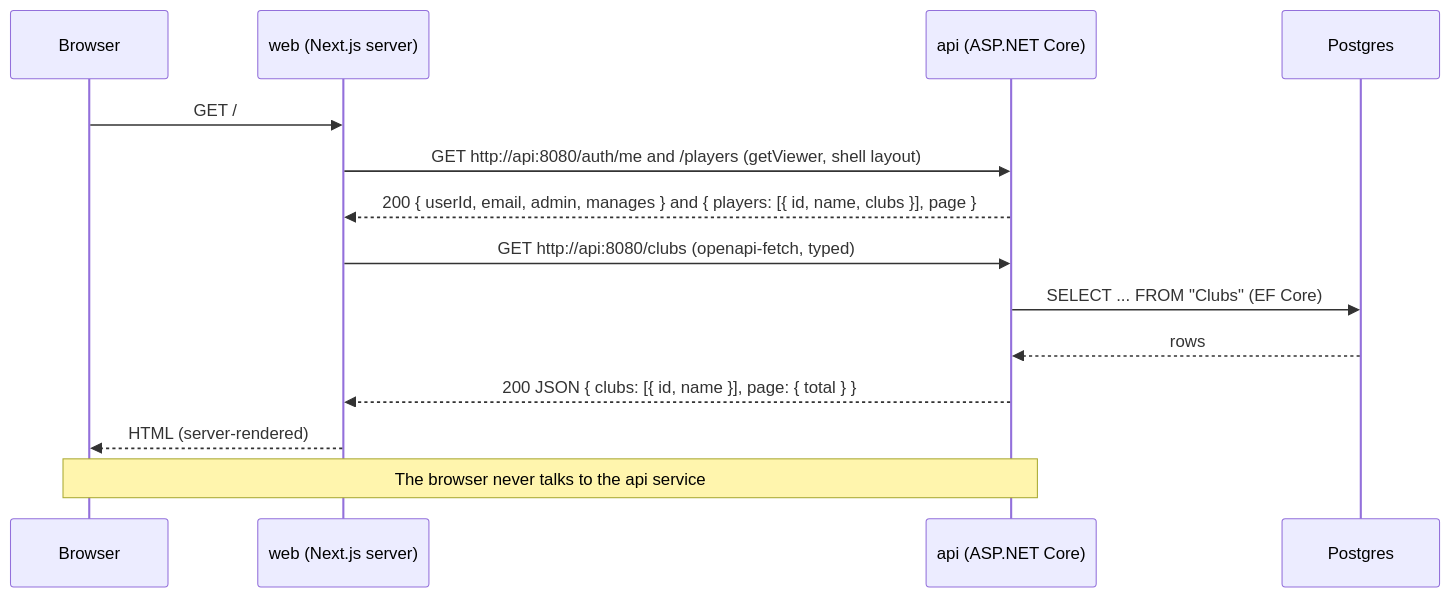
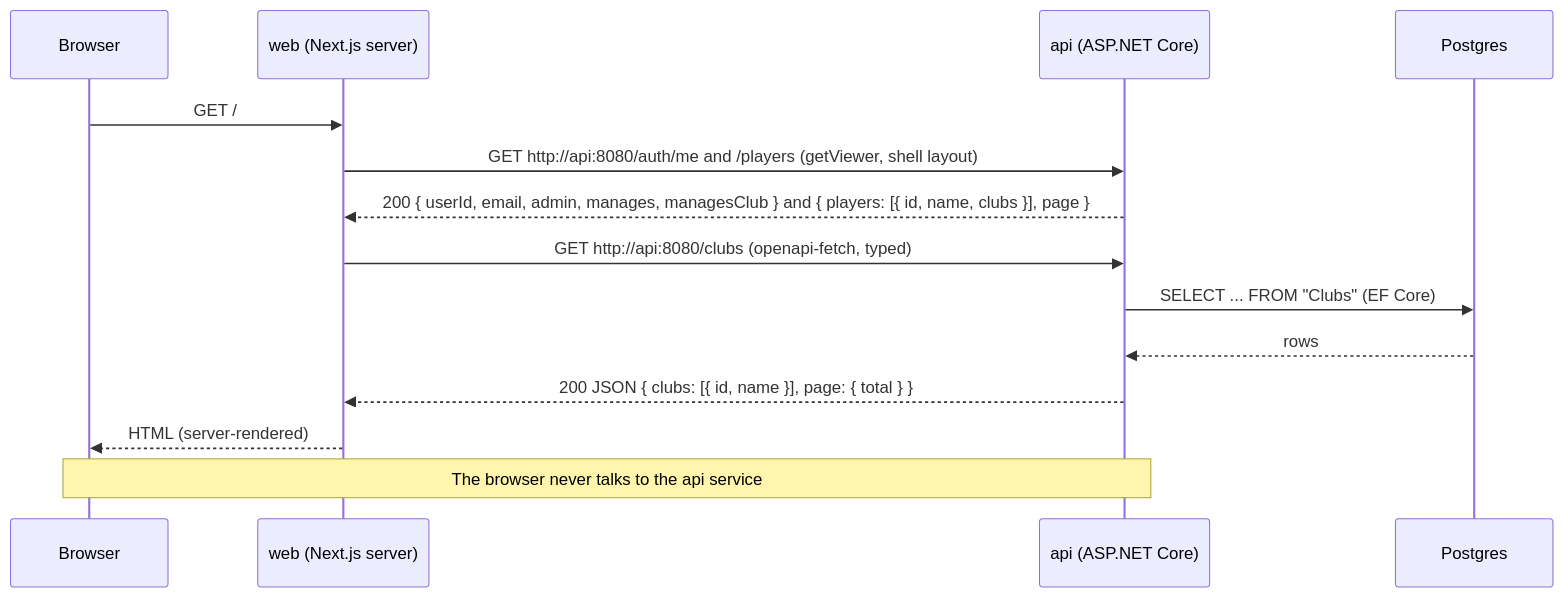
Before and after one commit to l1em1on1/social-tennis: the second of 12 diagrams in docs/architecture.md, drawn with Mermaid. The commit also changed other lines of this file and 62 other files, not shown here.

````diff
--- a/docs/architecture.md
+++ b/docs/architecture.md
@@ -30,17 +30,17 @@
 ```mermaid
 sequenceDiagram
     participant B as Browser
     participant W as web (Next.js server)
     participant A as api (ASP.NET Core)
     participant P as Postgres
 
     B->>W: GET /
     W->>A: GET http://api:8080/auth/me and /players (getViewer, shell layout)
-    A-->>W: 200 { userId, email, admin, manages } and { players: [{ id, name, clubs }], page }
+    A-->>W: 200 { userId, email, admin, manages, managesClub } and { players: [{ id, name, clubs }], page }
     W->>A: GET http://api:8080/clubs (openapi-fetch, typed)
     A->>P: SELECT ... FROM "Clubs" (EF Core)
     P-->>A: rows
     A-->>W: 200 JSON { clubs: [{ id, name }], page: { total } }
     W-->>B: HTML (server-rendered)
     Note over B,A: The browser never talks to the api service
 ```
````
